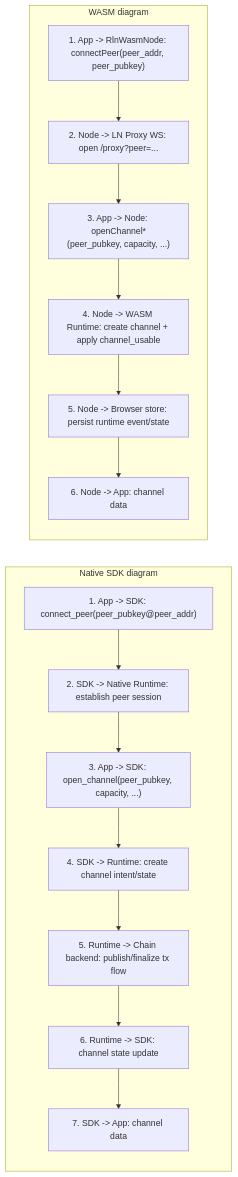
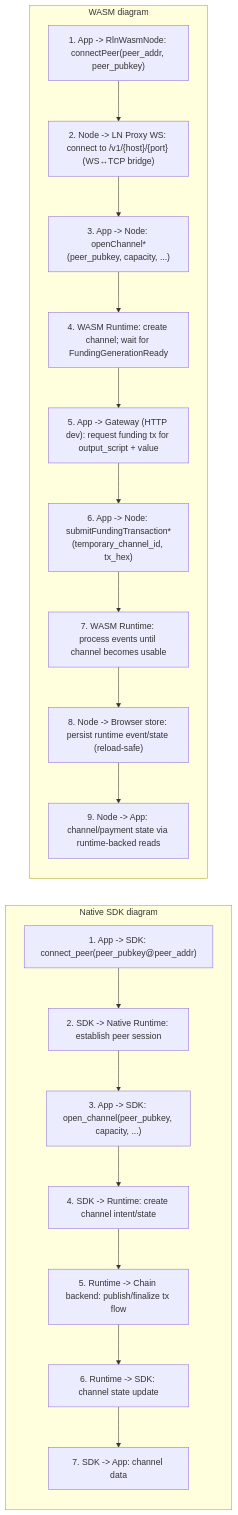
The second of 5 diagrams in bindings/wasm-sdk/SDK_WASM_UML_COMPARE.md (UTEXO-Protocol/rgb-lightning-node), drawn with Mermaid before and after one commit. The commit also changed 79 other files, not shown here.

Commit message:
Stabilyze wasm e2e flow

````diff
--- a/bindings/wasm-sdk/SDK_WASM_UML_COMPARE.md
+++ b/bindings/wasm-sdk/SDK_WASM_UML_COMPARE.md
@@ -42,23 +42,26 @@
 ```mermaid
 flowchart LR
   subgraph N["Native SDK diagram"]
     n1["1. App -> SDK: connect_peer(peer_pubkey@peer_addr)"]
     n2["2. SDK -> Native Runtime: establish peer session"]
     n3["3. App -> SDK: open_channel(peer_pubkey, capacity, ...)"]
     n4["4. SDK -> Runtime: create channel intent/state"]
     n5["5. Runtime -> Chain backend: publish/finalize tx flow"]
     n6["6. Runtime -> SDK: channel state update"]
     n7["7. SDK -> App: channel data"]
     n1 --> n2 --> n3 --> n4 --> n5 --> n6 --> n7
   end
 
   subgraph W["WASM diagram"]
     w1["1. App -> RlnWasmNode: connectPeer(peer_addr, peer_pubkey)"]
-    w2["2. Node -> LN Proxy WS: open /proxy?peer=..."]
+    w2["2. Node -> LN Proxy WS: connect to /v1/{host}/{port} (WS↔TCP bridge)"]
     w3["3. App -> Node: openChannel*(peer_pubkey, capacity, ...)"]
-    w4["4. Node -> WASM Runtime: create channel + apply channel_usable"]
-    w5["5. Node -> Browser store: persist runtime event/state"]
-    w6["6. Node -> App: channel data"]
-    w1 --> w2 --> w3 --> w4 --> w5 --> w6
+    w4["4. WASM Runtime: create channel; wait for FundingGenerationReady"]
+    w5["5. App -> Gateway (HTTP dev): request funding tx for output_script + value"]
+    w6["6. App -> Node: submitFundingTransaction*(temporary_channel_id, tx_hex)"]
+    w7["7. WASM Runtime: process events until channel becomes usable"]
+    w8["8. Node -> Browser store: persist runtime event/state (reload-safe)"]
+    w9["9. Node -> App: channel/payment state via runtime-backed reads"]
+    w1 --> w2 --> w3 --> w4 --> w5 --> w6 --> w7 --> w8 --> w9
   end
 ```
````
